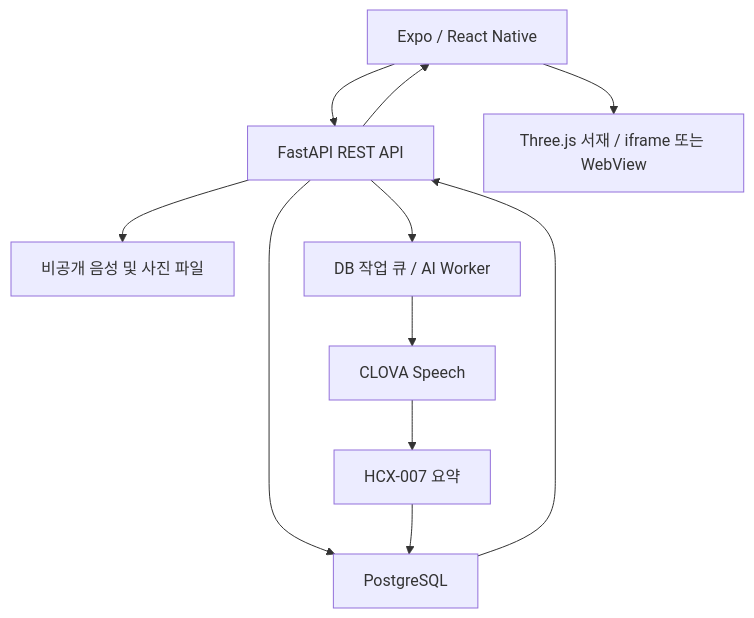
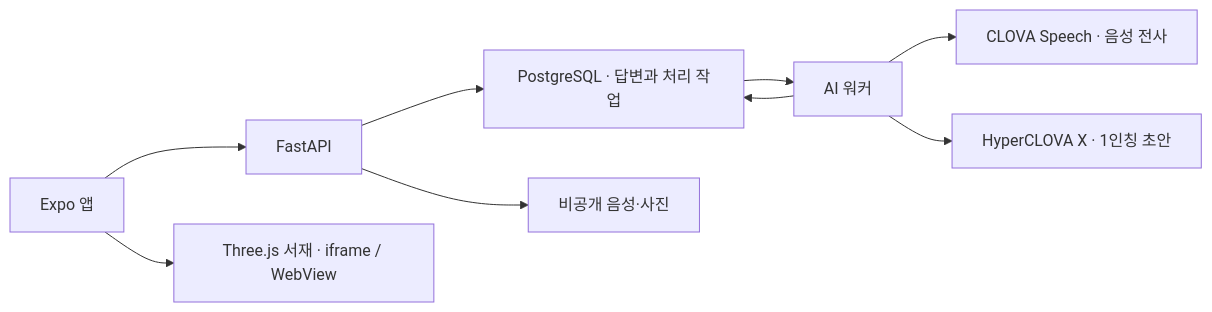
The diagram in README.md (Hyunhoim/Damso), drawn with Mermaid before and after one commit. The commit also changed other lines of this file, not shown here.

````diff
--- a/README.md
+++ b/README.md
@@ -36,13 +20,11 @@
-~~~mermaid
-flowchart TD
-  APP["Expo / React Native"] --> API["FastAPI REST API"]
-  APP --> WEB["Three.js 서재 / iframe 또는 WebView"]
-  API --> DB["PostgreSQL"]
-  API --> FS["비공개 음성 및 사진 파일"]
-  API --> J["DB 작업 큐 / AI Worker"]
-  J --> STT["CLOVA Speech"]
-  STT --> LLM["HCX-007 요약"]
-  LLM --> DB
-  DB --> API
-  API --> APP
-~~~
+```mermaid
+flowchart LR
+    A["Expo 앱"] --> B["FastAPI"]
+    B --> D["PostgreSQL · 답변과 처리 작업"]
+    B --> F["비공개 음성·사진"]
+    D --> W["AI 워커"]
+    W --> S["CLOVA Speech · 음성 전사"]
+    W --> H["HyperCLOVA X · 1인칭 초안"]
+    W --> D
+    A --> R["Three.js 서재 · iframe / WebView"]
+```
````
